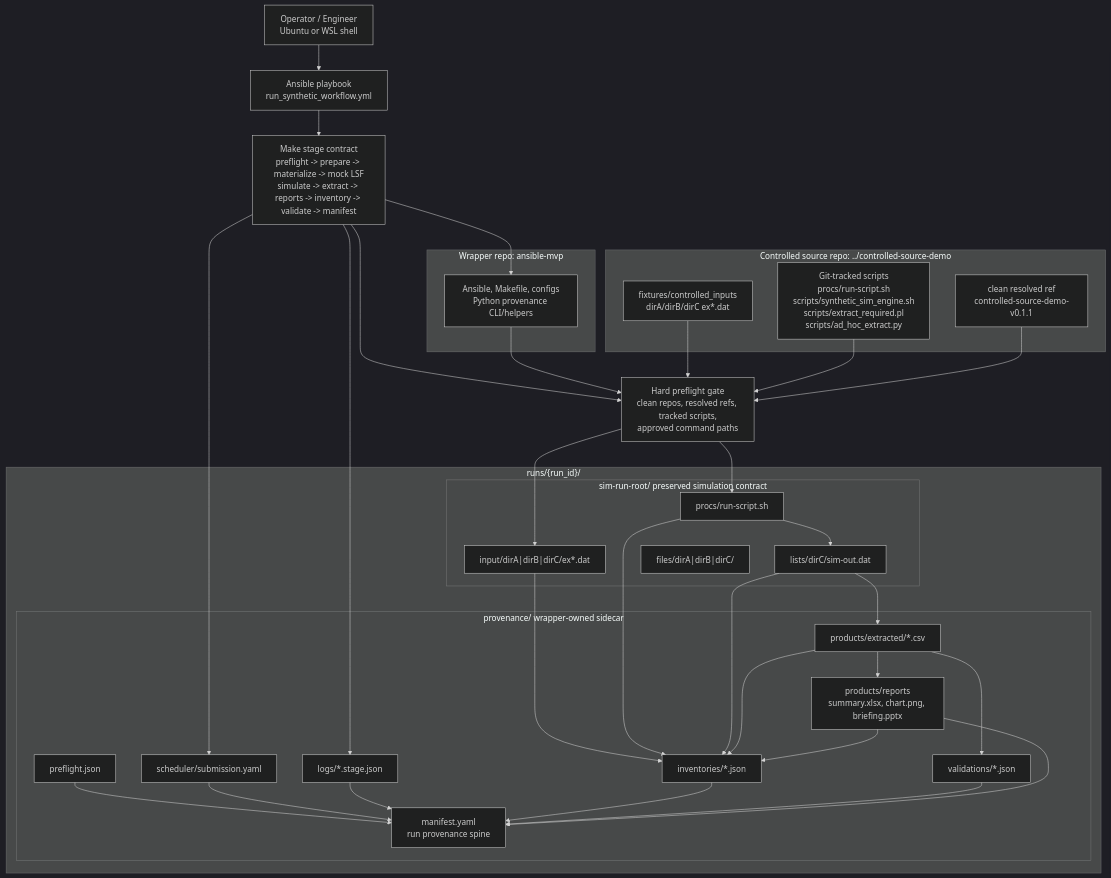
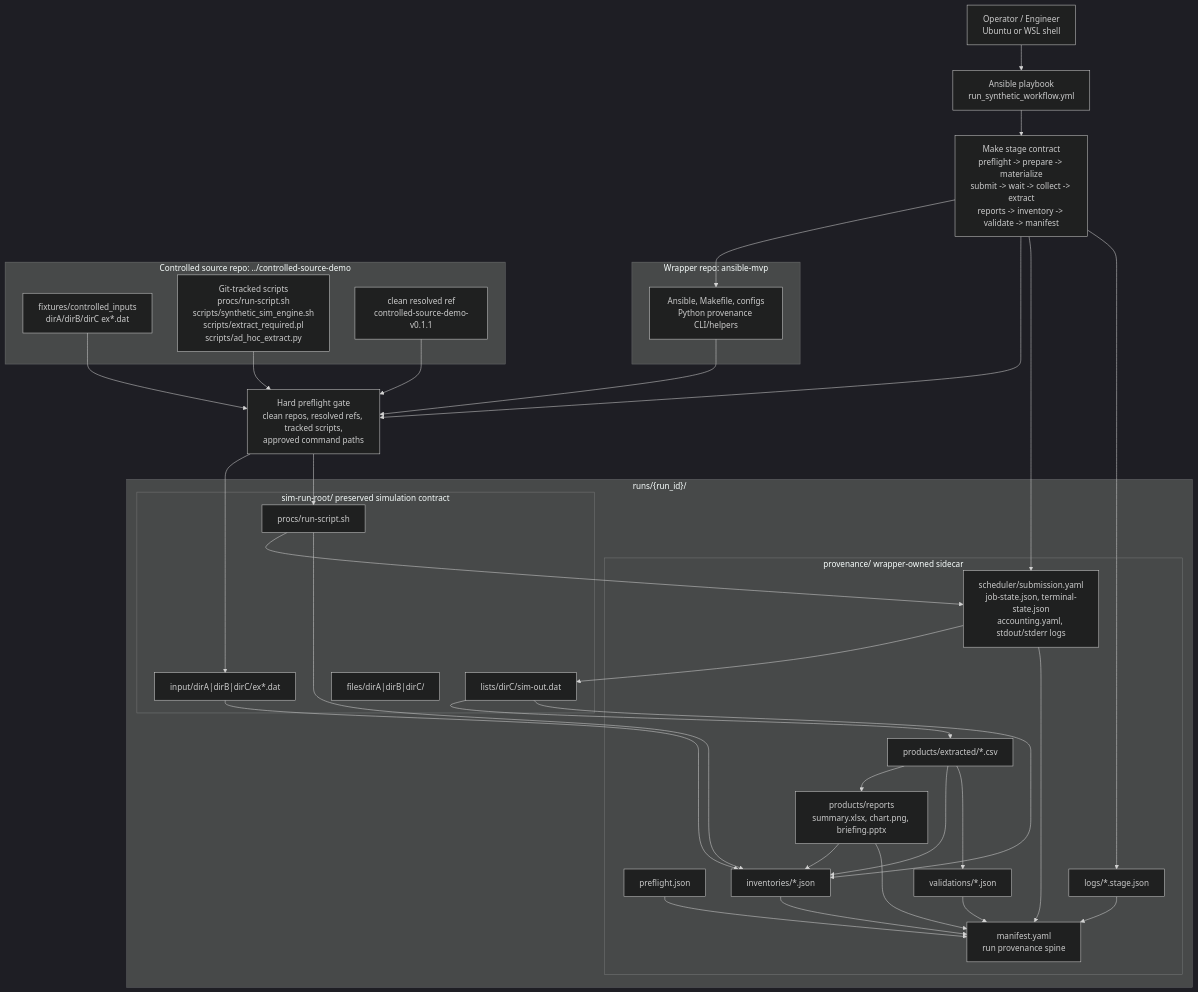
One commit to snarkipus/ansible-mvp changed the diagram in README.md. Above: the diagram before and after it, drawn with Mermaid (dark theme). The commit also changed other lines of this file and 6 other files, not shown here.

Commit message:
Link manifest scheduler evidence

````diff
--- a/README.md
+++ b/README.md
@@ -41,64 +41,64 @@
 ```mermaid
 flowchart TD
     operator["Operator / Engineer<br/>Ubuntu or WSL shell"]
     ansible["Ansible playbook<br/>run_synthetic_workflow.yml"]
-    make["Make stage contract<br/>preflight -> prepare -> materialize -> mock LSF<br/>simulate -> extract -> reports -> inventory -> validate -> manifest"]
+    make["Make stage contract<br/>preflight -> prepare -> materialize<br/>submit -> wait -> collect -> extract<br/>reports -> inventory -> validate -> manifest"]
 
     subgraph wrapper["Wrapper repo: ansible-mvp"]
         wrapperFiles["Ansible, Makefile, configs<br/>Python provenance CLI/helpers"]
     end
 
     subgraph controlled["Controlled source repo: ../controlled-source-demo"]
         fixtures["fixtures/controlled_inputs<br/>dirA/dirB/dirC ex*.dat"]
         scripts["Git-tracked scripts<br/>procs/run-script.sh<br/>scripts/synthetic_sim_engine.sh<br/>scripts/extract_required.pl<br/>scripts/ad_hoc_extract.py"]
         tag["clean resolved ref<br/>controlled-source-demo-v0.1.1"]
     end
 
     preflight["Hard preflight gate<br/>clean repos, resolved refs, tracked scripts,<br/>approved command paths"]
 
     subgraph run["runs/{run_id}/"]
         subgraph sim["sim-run-root/ preserved simulation contract"]
             input["input/dirA|dirB|dirC/ex*.dat"]
             procs["procs/run-script.sh"]
             raw["lists/dirC/sim-out.dat"]
             files["files/dirA|dirB|dirC/"]
         end
 
         subgraph prov["provenance/ wrapper-owned sidecar"]
             pf["preflight.json"]
-            sched["scheduler/submission.yaml"]
+            sched["scheduler/submission.yaml<br/>job-state.json, terminal-state.json<br/>accounting.yaml, stdout/stderr logs"]
             logs["logs/*.stage.json"]
             inv["inventories/*.json"]
             vals["validations/*.json"]
             extracted["products/extracted/*.csv"]
             reports["products/reports<br/>summary.xlsx, chart.png, briefing.pptx"]
             manifest["manifest.yaml<br/>run provenance spine"]
         end
     end
 
     operator --> ansible --> make
     make --> wrapperFiles
     make --> preflight
     wrapperFiles --> preflight
     fixtures --> preflight
     scripts --> preflight
     tag --> preflight
     preflight --> input
     preflight --> procs
-    procs --> raw
+    procs --> sched --> raw
     raw --> extracted --> reports
     make --> sched
     make --> logs
     input --> inv
     procs --> inv
     raw --> inv
     extracted --> inv
     reports --> inv
     extracted --> vals
     pf --> manifest
     sched --> manifest
     logs --> manifest
     inv --> manifest
     vals --> manifest
     reports --> manifest
 ```
````
